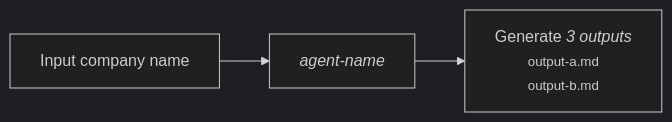
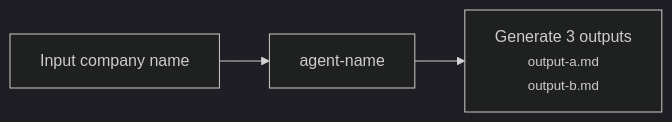
Before and after one commit to saumyavasuthevan/Claude-Research-Analyst: the diagram in .claude/commands/update-portfolio.md, drawn with Mermaid (dark theme). The commit also changed other lines of this file and 1 other file, not shown here.

````diff
--- a/.claude/commands/update-portfolio.md
+++ b/.claude/commands/update-portfolio.md
@@ -176,5 +176,5 @@
 ```mermaid
 flowchart LR
-    A["Input company name"] --> B["<i>agent-name</i>"]
-    B --> C["Generate <i>3 outputs</i><br/><small>output-a.md<br/>output-b.md</small>"]
+    A["Input company name"] --> B["agent-name"]
+    B --> C["Generate 3 outputs<br/><small>output-a.md<br/>output-b.md</small>"]
 ```
````
